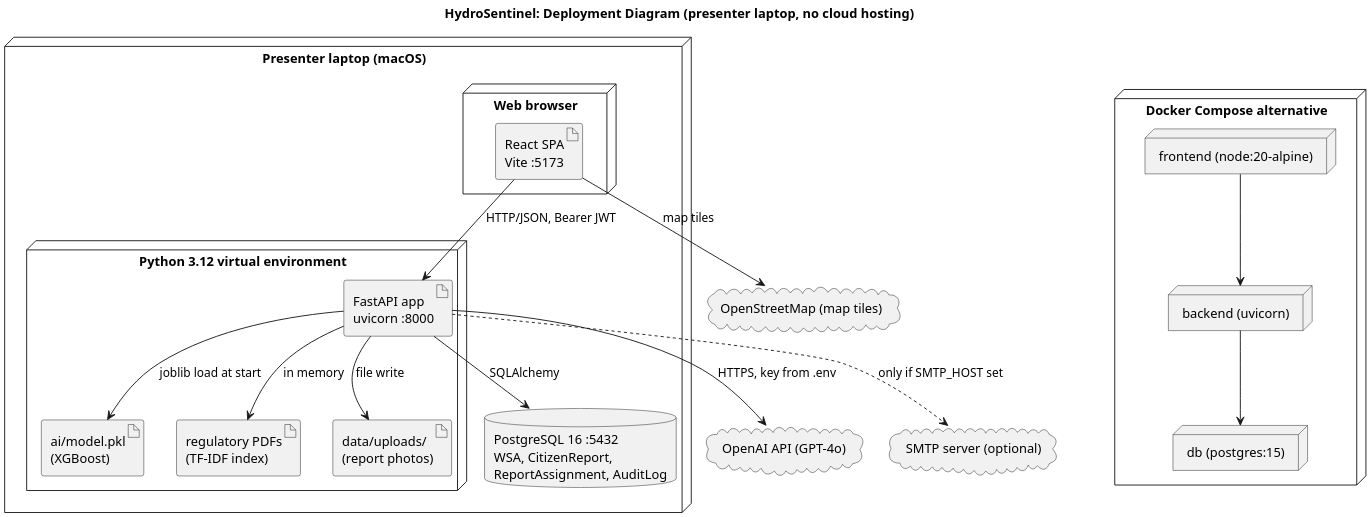
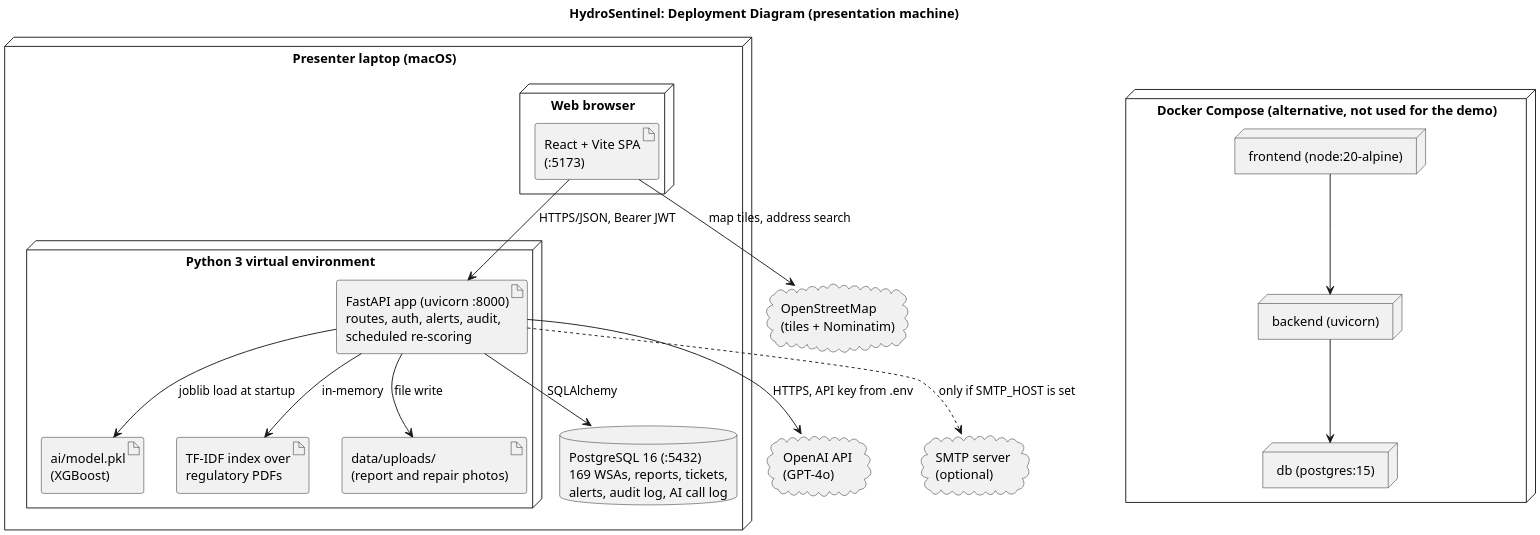
One commit to Malodeity/hydrosentinel changed the diagram in docs/a5/uml/ISJ107V_A5_Q3.4b_Deployment.puml. Above: the diagram before and after it, drawn with PlantUML. The commit also changed 43 other files, not shown here.

First line of the commit message:
Docs: new UML diagrams in the A4 style, updated report, slides, requirements, evidence and UAT results

```diff
--- a/docs/a5/uml/ISJ107V_A5_Q3.4b_Deployment.puml
+++ b/docs/a5/uml/ISJ107V_A5_Q3.4b_Deployment.puml
@@ -1,38 +1,38 @@
 @startuml
 skinparam shadowing false
 skinparam dpi 200
 skinparam defaultFontName Helvetica
-title HydroSentinel: Deployment Diagram (presenter laptop, no cloud hosting)
+title HydroSentinel: Deployment Diagram (presentation machine)
 
 node "Presenter laptop (macOS)" {
   node "Web browser" {
-    artifact "React SPA\nVite :5173" as SPA
+    artifact "React + Vite SPA\n(:5173)" as SPA
   }
-  node "Python 3.12 virtual environment" {
-    artifact "FastAPI app\nuvicorn :8000" as API
+  node "Python 3 virtual environment" {
+    artifact "FastAPI app (uvicorn :8000)\nroutes, auth, alerts, audit,\nscheduled re-scoring" as API
     artifact "ai/model.pkl\n(XGBoost)" as MODEL
-    artifact "regulatory PDFs\n(TF-IDF index)" as RAG
-    artifact "data/uploads/\n(report photos)" as UP
+    artifact "TF-IDF index over\nregulatory PDFs" as RAG
+    artifact "data/uploads/\n(report and repair photos)" as UP
   }
-  database "PostgreSQL 16 :5432\nWSA, CitizenReport,\nReportAssignment, AuditLog" as DB
+  database "PostgreSQL 16 (:5432)\n169 WSAs, reports, tickets,\nalerts, audit log, AI call log" as DB
 }
-node "Docker Compose alternative" {
+node "Docker Compose (alternative, not used for the demo)" {
   node "db (postgres:15)" as CDB
   node "backend (uvicorn)" as CAPI
   node "frontend (node:20-alpine)" as CFE
 }
-cloud "OpenAI API (GPT-4o)" as OAI
-cloud "SMTP server (optional)" as SMTP
-cloud "OpenStreetMap (map tiles)" as OSM
+cloud "OpenAI API\n(GPT-4o)" as OAI
+cloud "OpenStreetMap\n(tiles + Nominatim)" as OSM
+cloud "SMTP server\n(optional)" as SMTP
 
-SPA --> API : HTTP/JSON, Bearer JWT
+SPA --> API : HTTPS/JSON, Bearer JWT
 API --> DB : SQLAlchemy
-API --> MODEL : joblib load at start
-API --> RAG : in memory
+API --> MODEL : joblib load at startup
+API --> RAG : in-memory
 API --> UP : file write
-API --> OAI : HTTPS, key from .env
-API ..> SMTP : only if SMTP_HOST set
-SPA --> OSM : map tiles
+API --> OAI : HTTPS, API key from .env
+API ..> SMTP : only if SMTP_HOST is set
+SPA --> OSM : map tiles, address search
 CFE --> CAPI
 CAPI --> CDB
 @enduml
```
